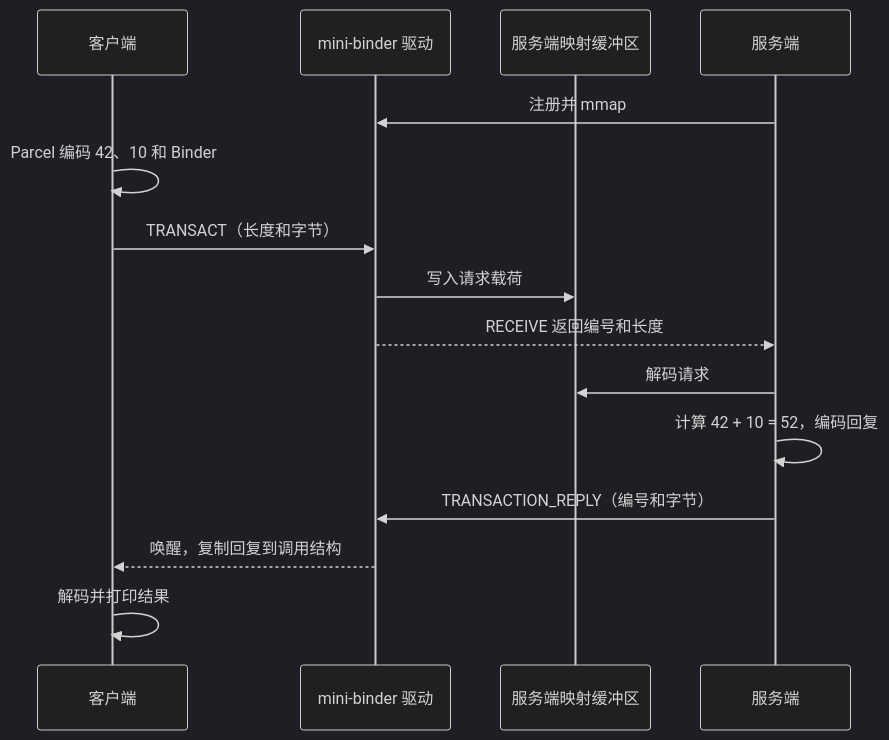
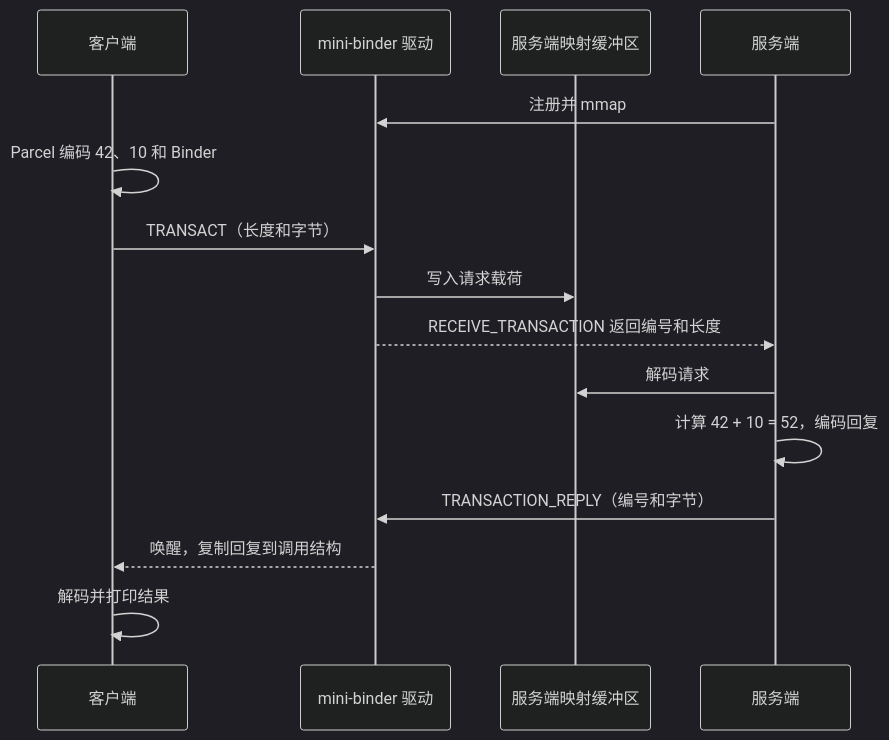
Before and after one commit to kobewang126/BinderABC-V3: the first of 2 diagrams in docs/02-transaction/2.3-transaction.md, drawn with Mermaid (dark theme).

Commit message:
Clarify transaction receive command

````diff
--- a/docs/02-transaction/2.3-transaction.md
+++ b/docs/02-transaction/2.3-transaction.md
@@ -11,17 +11,17 @@
 ```mermaid
 sequenceDiagram
     participant C as 客户端
     participant D as mini-binder 驱动
     participant M as 服务端映射缓冲区
     participant S as 服务端
     S->>D: 注册并 mmap
     C->>C: Parcel 编码 42、10 和 Binder
     C->>D: TRANSACT（长度和字节）
     D->>M: 写入请求载荷
-    D-->>S: RECEIVE 返回编号和长度
+    D-->>S: RECEIVE_TRANSACTION 返回编号和长度
     S->>M: 解码请求
     S->>S: 计算 42 + 10 = 52，编码回复
     S->>D: TRANSACTION_REPLY（编号和字节）
     D-->>C: 唤醒，复制回复到调用结构
     C->>C: 解码并打印结果
 ```
````
